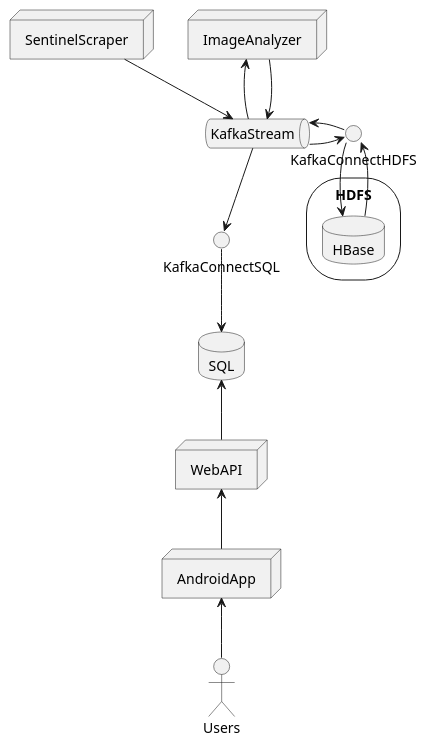
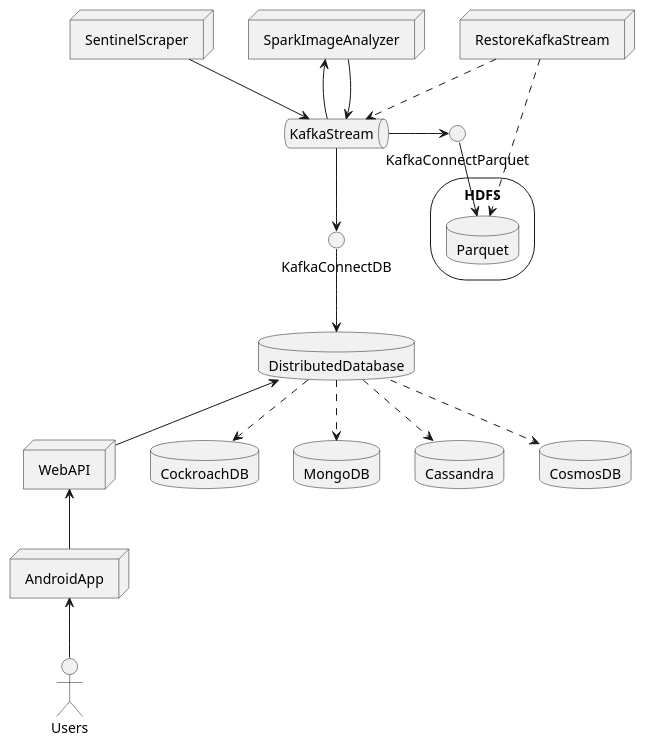
One commit to JuiceInTheOven/EcoBeach changed the diagram in docs/infrastructure2.puml. Above: the diagram before and after it, drawn with PlantUML.

Commit message:
Infrastructure2

```diff
--- a/docs/infrastructure2.puml
+++ b/docs/infrastructure2.puml
@@ -1,39 +1,52 @@
 @startuml
 node SentinelScraper
 queue KafkaStream
-node ImageAnalyzer
+node SparkImageAnalyzer
+node RestoreKafkaStream
 node WebAPI
 node AndroidApp
-circle KafkaConnectSQL
-circle KafkaConnectHDFS
+circle KafkaConnectDB
+circle KafkaConnectParquet
 actor Users
-database SQL
+database DistributedDatabase
+database CockroachDB
+database MongoDB
+database Cassandra
+database CosmosDB
 storage HDFS {
-    database HBase
+    database Parquet
 }
 
 SentinelScraper --> KafkaStream
 
-ImageAnalyzer <-- KafkaStream
+SparkImageAnalyzer <-- KafkaStream
 
-ImageAnalyzer --> KafkaStream
+SparkImageAnalyzer --> KafkaStream
 
-KafkaStream --> KafkaConnectSQL
+KafkaStream --> KafkaConnectDB
 
-KafkaStream -> KafkaConnectHDFS
+KafkaStream -> KafkaConnectParquet
 
-KafkaConnectSQL --> SQL
+KafkaConnectDB --> DistributedDatabase
 
-KafkaConnectHDFS --> HBase
+DistributedDatabase  ..> CockroachDB
 
-HBase -up-> KafkaConnectHDFS
+DistributedDatabase  ..> MongoDB
 
-KafkaConnectHDFS -left-> KafkaStream
+DistributedDatabase ..> Cassandra
 
-SQL <-- WebAPI
+DistributedDatabase ..> CosmosDB
+
+KafkaConnectParquet --> Parquet
+
+RestoreKafkaStream ..> KafkaStream
+
+RestoreKafkaStream ..> Parquet
+
+DistributedDatabase <-- WebAPI
 
 WebAPI <-- AndroidApp
 
 Users -up-> AndroidApp
 
 @enduml
```
